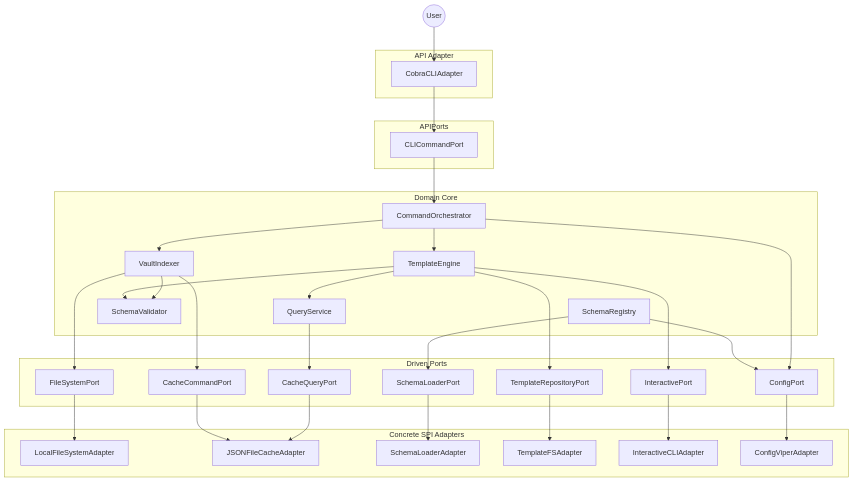
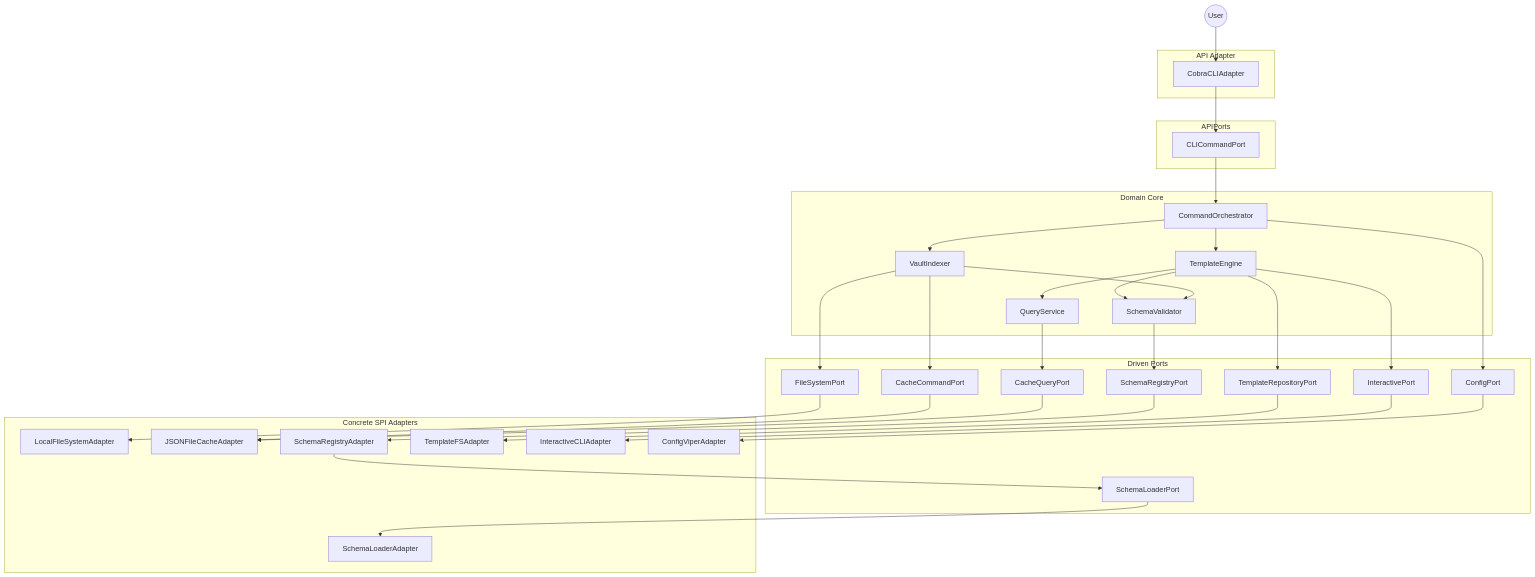
The diagram in docs/architecture/components.md (JackMatanky/lithos), drawn with Mermaid before and after one commit. The commit also changed other lines of this file and 7 other files, not shown here.

Commit message:
update schema registry in components architecture file to be an spi port and adapter; validate last stories in epic 2 and start writing stories for epic 3

````diff
--- a/docs/architecture/components.md
+++ b/docs/architecture/components.md
@@ -436,65 +447,67 @@
 ```mermaid
 graph TD
     User((User))
 
     subgraph APIAdapters[API Adapter]
         CLI[CobraCLIAdapter]
     end
 
     subgraph APIPorts
         CSP[CLICommandPort]
     end
 
     subgraph DomainCore[Domain Core]
         CO[CommandOrchestrator]
         TE[TemplateEngine]
         QS[QueryService]
         SV[SchemaValidator]
-        SR[SchemaRegistry]
         VI[VaultIndexer]
     end
 
     subgraph SPIPorts[Driven Ports]
         FS[FileSystemPort]
         CC[CacheCommandPort]
         CQ[CacheQueryPort]
         SE[SchemaLoaderPort]
+        SRP[SchemaRegistryPort]
         TR[TemplateRepositoryPort]
         IP[InteractivePort]
         CP[ConfigPort]
     end
 
     subgraph SPIAdapters[Concrete SPI Adapters]
         LFS[LocalFileSystemAdapter]
         JFC[JSONFileCacheAdapter]
         SLA[SchemaLoaderAdapter]
+        SRA[SchemaRegistryAdapter]
         TFA[TemplateFSAdapter]
         ICA[InteractiveCLIAdapter]
         CVA[ConfigViperAdapter]
     end
 
     User --> CLI
     CLI --> CSP
     CSP --> CO
     CO --> TE
     CO --> VI
-    TE --> QS
-    TE --> SV
-    VI --> SV
-    TE --> IP
-    TE --> TR
-    VI --> FS
-    VI --> CC
-    QS --> CQ
-    SR --> SE
-    SR --> CP
-    CO --> CP
+     TE --> QS
+     TE --> SV
+     VI --> SV
+     TE --> IP
+     TE --> TR
+     VI --> FS
+     VI --> CC
+     QS --> CQ
+     SV --> SRP
+     CO --> CP
+     SRP --> SRA
+     SRA --> SE
 
     FS --> LFS
     CC --> JFC
     CQ --> JFC
     SE --> SLA
     TR --> TFA
     IP --> ICA
     CP --> CVA
 ```
````
